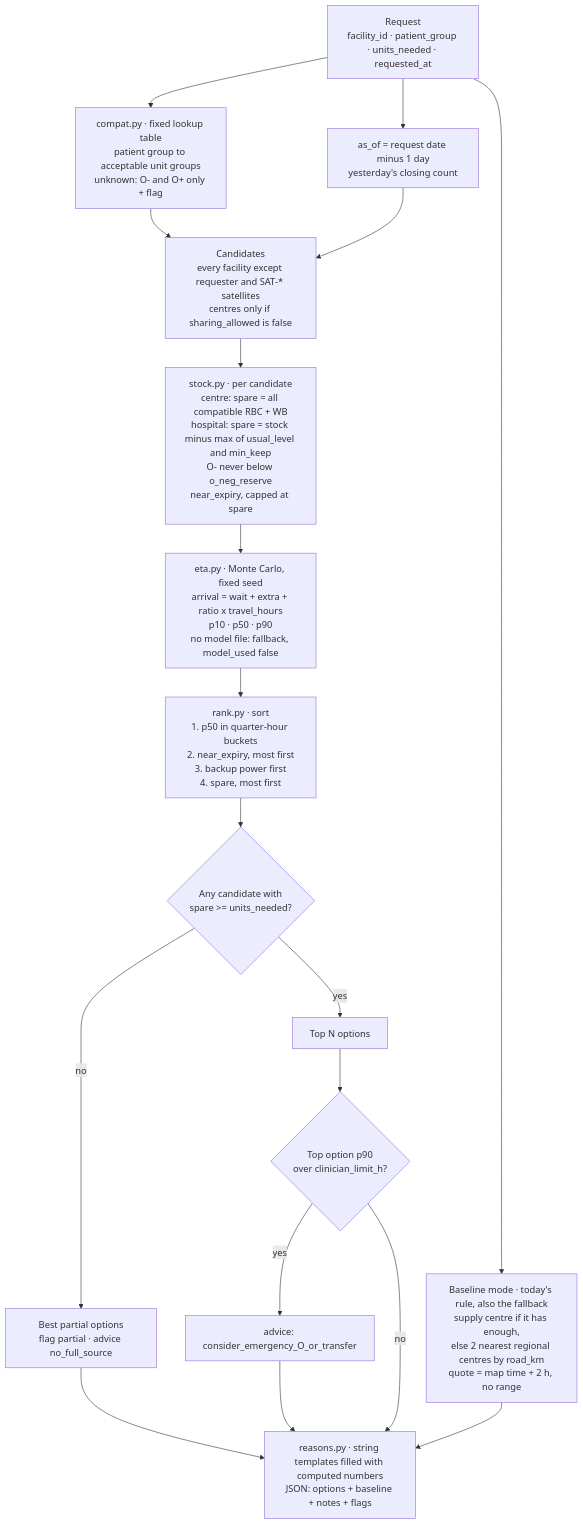
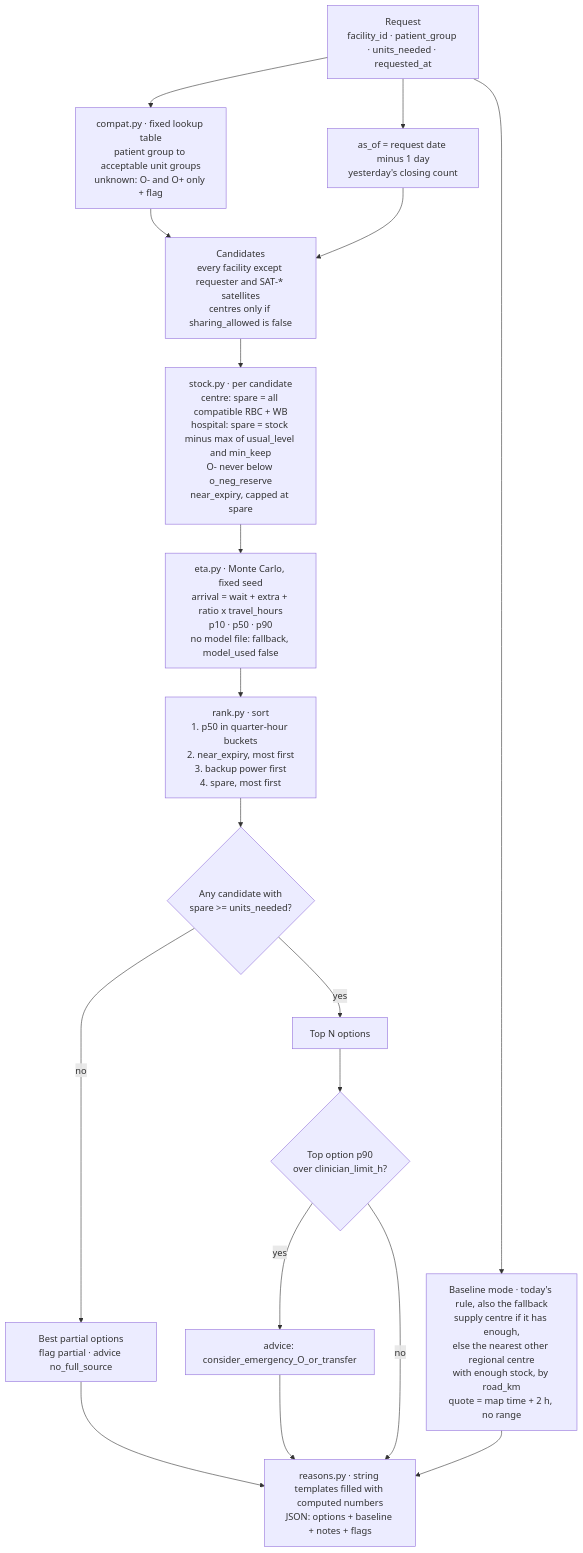
Before and after one commit to sharlmon/blood-dispatch-network: the fourth of 4 diagrams in docs/architecture/README.md, drawn with Mermaid. The commit also changed other lines of this file and 7 other files, not shown here.

````diff
--- a/docs/architecture/README.md
+++ b/docs/architecture/README.md
@@ -134,31 +136,31 @@
 ```mermaid
 flowchart TB
     REQ["Request<br/>facility_id · patient_group · units_needed · requested_at"]
 
     REQ --> COMPAT["compat.py · fixed lookup table<br/>patient group to acceptable unit groups<br/>unknown: O- and O+ only + flag"]
     REQ --> ASOF["as_of = request date minus 1 day<br/>yesterday's closing count"]
 
     COMPAT --> CAND
     ASOF --> CAND
     CAND["Candidates<br/>every facility except requester and SAT-* satellites<br/>centres only if sharing_allowed is false"]
 
     CAND --> STOCK["stock.py · per candidate<br/>centre: spare = all compatible RBC + WB<br/>hospital: spare = stock minus max of usual_level and min_keep<br/>O- never below o_neg_reserve<br/>near_expiry, capped at spare"]
 
     STOCK --> ETA["eta.py · Monte Carlo, fixed seed<br/>arrival = wait + extra + ratio x travel_hours<br/>p10 · p50 · p90<br/>no model file: fallback, model_used false"]
 
     ETA --> SORT["rank.py · sort<br/>1. p50 in quarter-hour buckets<br/>2. near_expiry, most first<br/>3. backup power first<br/>4. spare, most first"]
 
     SORT --> FULL{"Any candidate with<br/>spare >= units_needed?"}
     FULL -- yes --> TOP["Top N options"]
     FULL -- no --> PART["Best partial options<br/>flag partial · advice no_full_source"]
 
     TOP --> ADV{"Top option p90<br/>over clinician_limit_h?"}
     PART --> OUT
     ADV -- yes --> ADV2["advice: consider_emergency_O_or_transfer"] --> OUT
     ADV -- no --> OUT
 
-    REQ --> BASE["Baseline mode · today's rule, also the fallback<br/>supply centre if it has enough,<br/>else 2 nearest regional centres by road_km<br/>quote = map time + 2 h, no range"]
+    REQ --> BASE["Baseline mode · today's rule, also the fallback<br/>supply centre if it has enough,<br/>else the nearest other regional centre<br/>with enough stock, by road_km<br/>quote = map time + 2 h, no range"]
     BASE --> OUT
 
     OUT["reasons.py · string templates filled with computed numbers<br/>JSON: options + baseline + notes + flags"]
 ```
````
